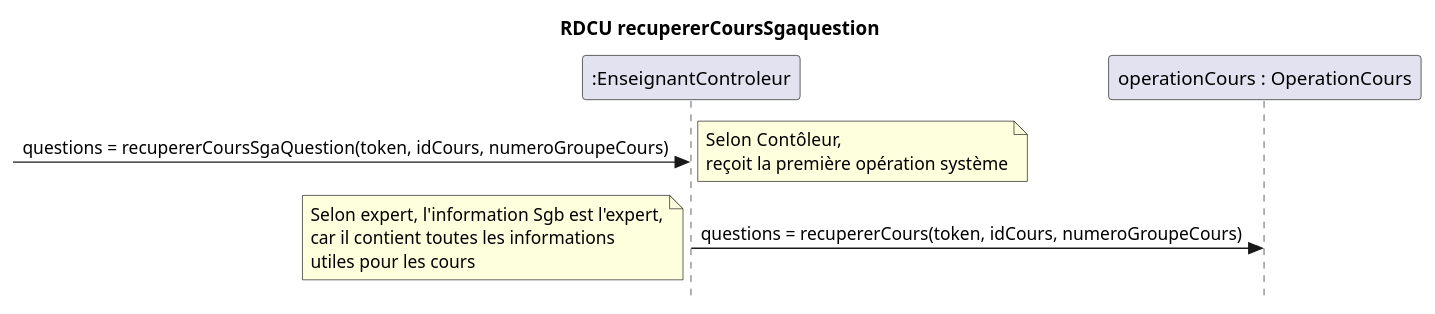
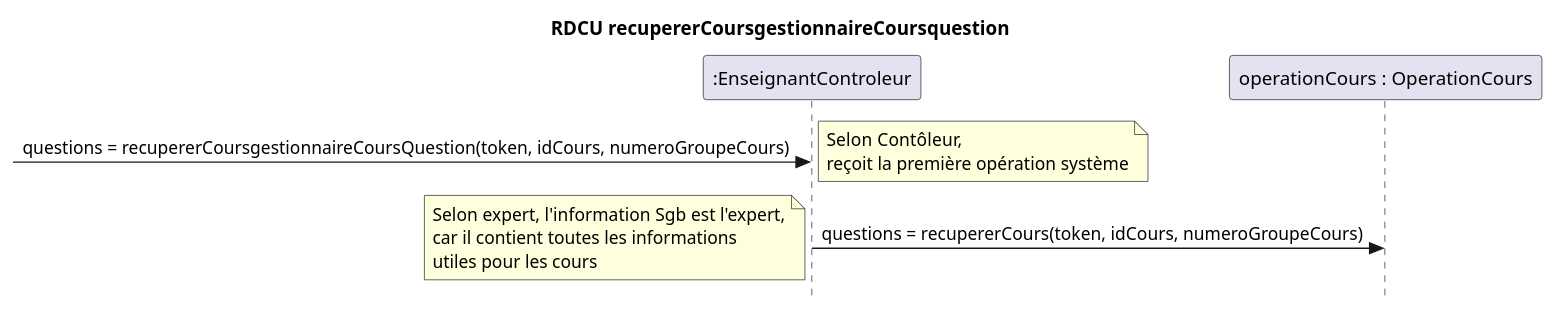
Before and after one commit to nerdz88/SGA-TS: the second of 4 diagrams in docs/Ajouter question/RDCU_Ajouter_Question.puml, drawn with PlantUML. The commit also changed other lines of this file and 7 other files, not shown here.

```diff
--- a/docs/Ajouter question/RDCU_Ajouter_Question.puml
+++ b/docs/Ajouter question/RDCU_Ajouter_Question.puml
@@ -33,11 +37,11 @@
-@startuml recupererCoursSgaQuestion
+@startuml recupererCoursgestionnaireCoursQuestion
 skinparam style strictuml
 skinparam defaultfontname Verdana
-title RDCU recupererCoursSgaquestion
-participant ":EnseignantControleur" as sga
-participant "operationCours : OperationCours" as opCours
-->sga : questions = recupererCoursSgaQuestion(token, idCours, numeroGroupeCours)
+title RDCU recupererCoursgestionnaireCoursquestion
+participant ":EnseignantControleur" as gestionnaireCours
+participant "operationCours : OperationCours" as universite
+->gestionnaireCours : questions = recupererCoursgestionnaireCoursQuestion(token, idCours, numeroGroupeCours)
 note left : Selon Contôleur,\nreçoit la première opération système
-sga->opCours: questions = recupererCours(token, idCours, numeroGroupeCours)
+gestionnaireCours->universite: questions = recupererCours(token, idCours, numeroGroupeCours)
 note left : Selon expert, l'information Sgb est l'expert,\ncar il contient toutes les informations\nutiles pour les cours
 @enduml
```
